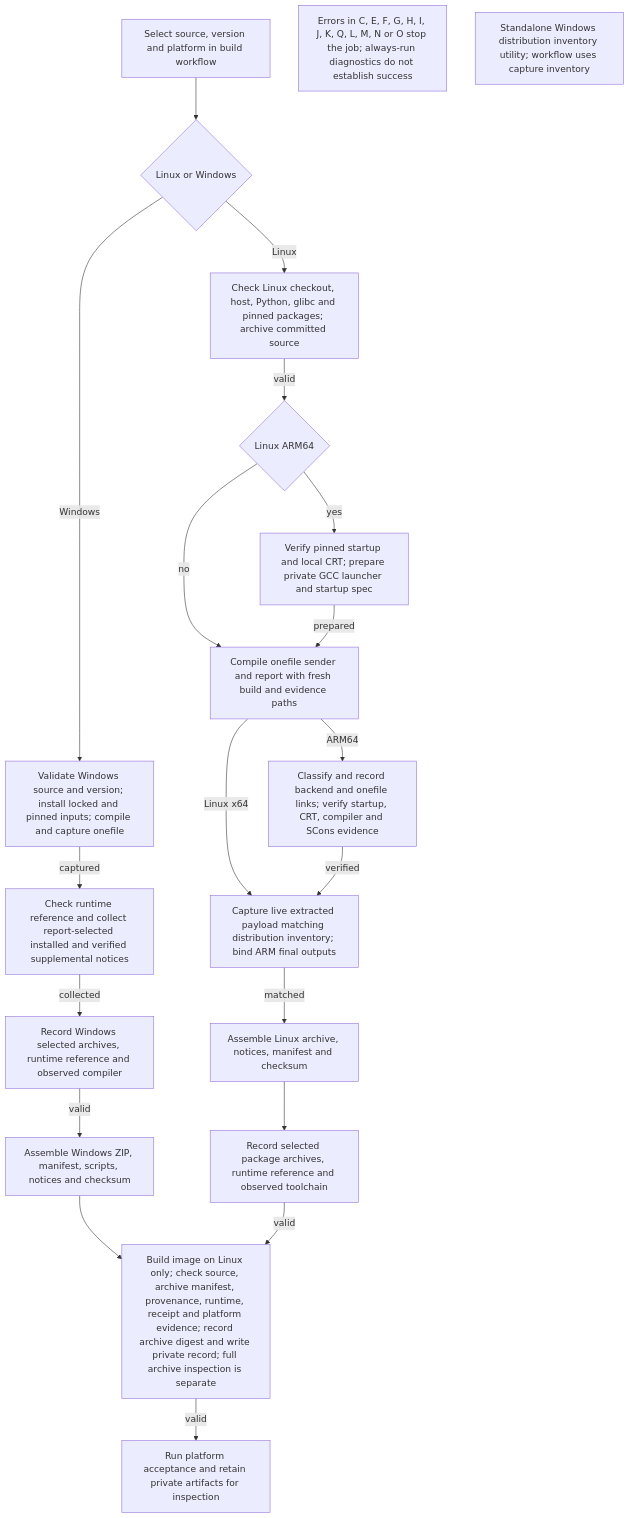
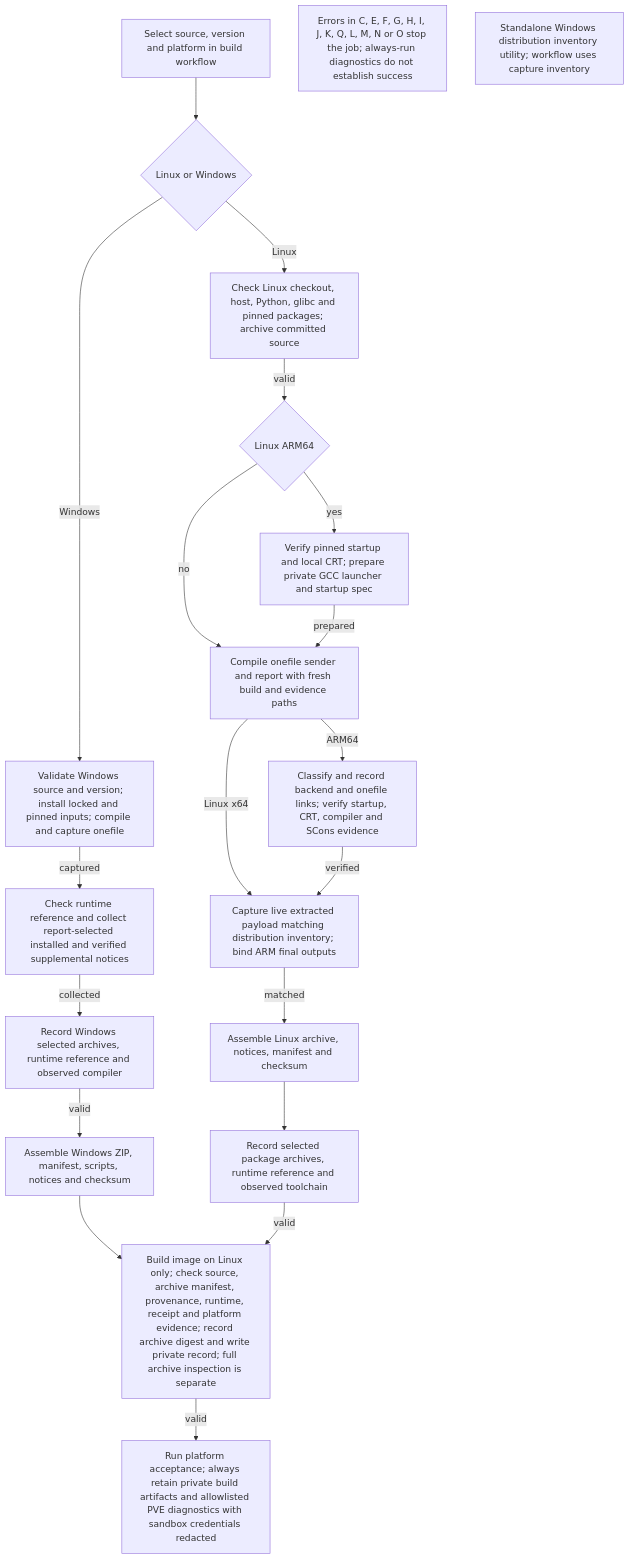
The diagram in docs/flows/sender.build.mmd (KarlSideProjects/hwmonitor-mqtt), drawn with Mermaid before and after one commit. The commit also changed 7 other files, not shown here.

Commit message:
fix(release): retain safe PVE failure diagnostics

```diff
--- a/docs/flows/sender.build.mmd
+++ b/docs/flows/sender.build.mmd
@@ -1,37 +1,37 @@
 flowchart TD
     A["Select source, version and platform in build workflow"]
     B{"Linux or Windows"}
     C["Check Linux checkout, host, Python, glibc and pinned packages; archive committed source"]
     D{"Linux ARM64"}
     E["Verify pinned startup and local CRT; prepare private GCC launcher and startup spec"]
     F["Compile onefile sender and report with fresh build and evidence paths"]
     G["Classify and record backend and onefile links; verify startup, CRT, compiler and SCons evidence"]
     H["Capture live extracted payload matching distribution inventory; bind ARM final outputs"]
     I["Assemble Linux archive, notices, manifest and checksum"]
     J["Validate Windows source and version; install locked and pinned inputs; compile and capture onefile"]
     K["Check runtime reference and collect report-selected installed and verified supplemental notices"]
     Q["Record Windows selected archives, runtime reference and observed compiler"]
     L["Assemble Windows ZIP, manifest, scripts, notices and checksum"]
     M["Record selected package archives, runtime reference and observed toolchain"]
     N["Build image on Linux only; check source, archive manifest, provenance, runtime, receipt and platform evidence; record archive digest and write private record; full archive inspection is separate"]
-    O["Run platform acceptance and retain private artifacts for inspection"]
+    O["Run platform acceptance; always retain private build artifacts and allowlisted PVE diagnostics with sandbox credentials redacted"]
     P["Errors in C, E, F, G, H, I, J, K, Q, L, M, N or O stop the job; always-run diagnostics do not establish success"]
     R["Standalone Windows distribution inventory utility; workflow uses capture inventory"]
     A --> B
     B -->|Linux| C
     B -->|Windows| J
     C -->|valid| D
     D -->|yes| E
     D -->|no| F
     E -->|prepared| F
     F -->|ARM64| G
     F -->|Linux x64| H
     G -->|verified| H
     H -->|matched| I
     J -->|captured| K
     K -->|collected| Q
     Q -->|valid| L
     I --> M
     L --> N
     M -->|valid| N
     N -->|valid| O
```
